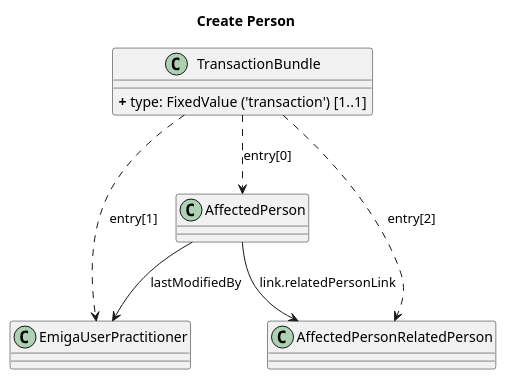
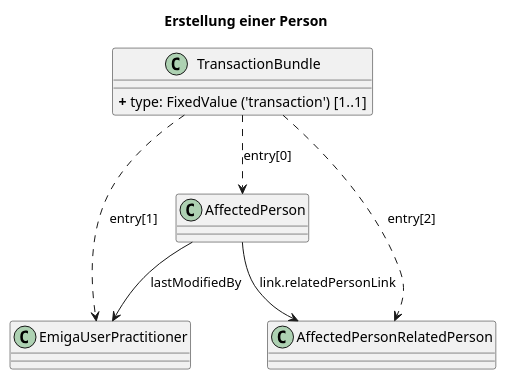
The diagram in rki.emiga.common/guides/implementationguides.common/PlantUML/AffectedPersonBundle.puml (robert-koch-institut/rki.emiga.common), drawn with PlantUML before and after one commit. The commit also changed 3 other files, not shown here.

Commit message:
feat: UML title in german, unless it is the resource name itself

```diff
--- a/rki.emiga.common/guides/implementationguides.common/PlantUML/AffectedPersonBundle.puml
+++ b/rki.emiga.common/guides/implementationguides.common/PlantUML/AffectedPersonBundle.puml
@@ -1,21 +1,21 @@
 @startuml
-title Create Person 
+title Erstellung einer Person
 
 class AffectedPerson{
 }
 class EmigaUserPractitioner {
 }
 class TransactionBundle {
     <b>+</b> type: FixedValue ('transaction') [1..1]
 }
 
 AffectedPerson --> AffectedPersonRelatedPerson : link.relatedPersonLink
 AffectedPerson --> EmigaUserPractitioner : lastModifiedBy
 
 TransactionBundle ..> AffectedPerson : entry[0]
 TransactionBundle ..> EmigaUserPractitioner : entry[1]
 TransactionBundle ..> AffectedPersonRelatedPerson : entry[2]
 
 
 
 @enduml
```
